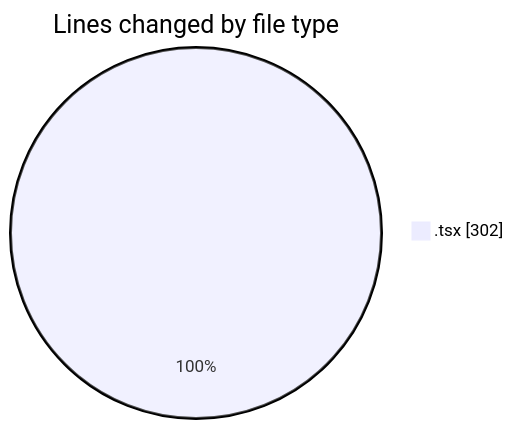
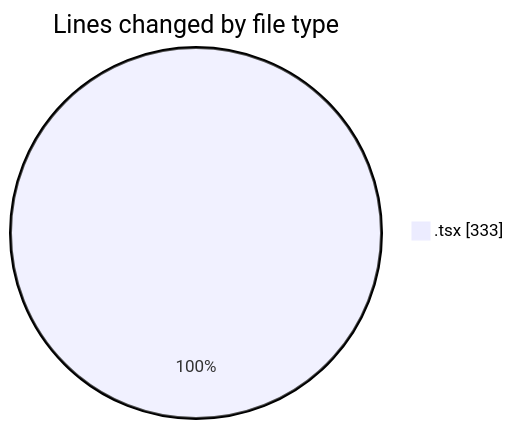
The first of 2 diagrams in 2025-02-12/cda/README.md (momahboobian/code-tracking), drawn with Mermaid before and after one commit. The commit also changed other lines of this file and 1 other file, not shown here.

````diff
--- a/2025-02-12/cda/README.md
+++ b/2025-02-12/cda/README.md
@@ -21,5 +21,5 @@
 ```mermaid
 pie showData
 title Lines changed by file type
-".tsx" : 302
+".tsx" : 333
 ```
````
